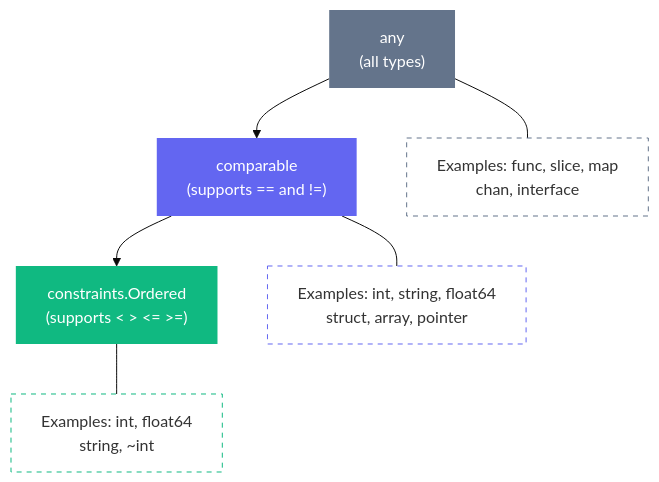
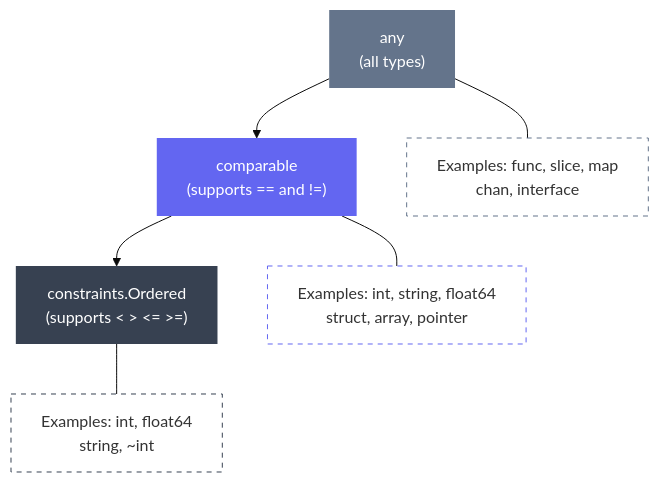
The first of 2 diagrams in content/writing/go-generics-comparable-constraint.md (ashwingopalsamy/site), drawn with Mermaid (base theme) before and after one commit. The commit also changed other lines of this file and 26 other files, not shown here.

```diff
--- a/content/writing/go-generics-comparable-constraint.md
+++ b/content/writing/go-generics-comparable-constraint.md
@@ -67,24 +67,24 @@
 {{< mermaid >}}
 graph TD
     A["any\n(all types)"]
     B["comparable\n(supports == and !=)"]
     C["constraints.Ordered\n(supports < > <= >=)"]
 
     A --> B
     B --> C
 
     A2["Examples: func, slice, map\nchan, interface"]
     B2["Examples: int, string, float64\nstruct, array, pointer"]
     C2["Examples: int, float64\nstring, ~int"]
 
     A --- A2
     B --- B2
     C --- C2
 
     style A fill:#64748b,color:#fff,stroke:none
     style B fill:#6366f1,color:#fff,stroke:none
-    style C fill:#10b981,color:#fff,stroke:none
+    style C fill:#374151,color:#fff,stroke:none
     style A2 fill:none,stroke:#64748b,stroke-dasharray:5
     style B2 fill:none,stroke:#6366f1,stroke-dasharray:5
-    style C2 fill:none,stroke:#10b981,stroke-dasharray:5
+    style C2 fill:none,stroke:#374151,stroke-dasharray:5
 {{< /mermaid >}}
```
